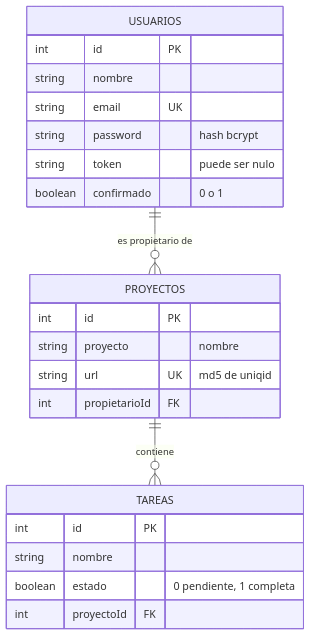
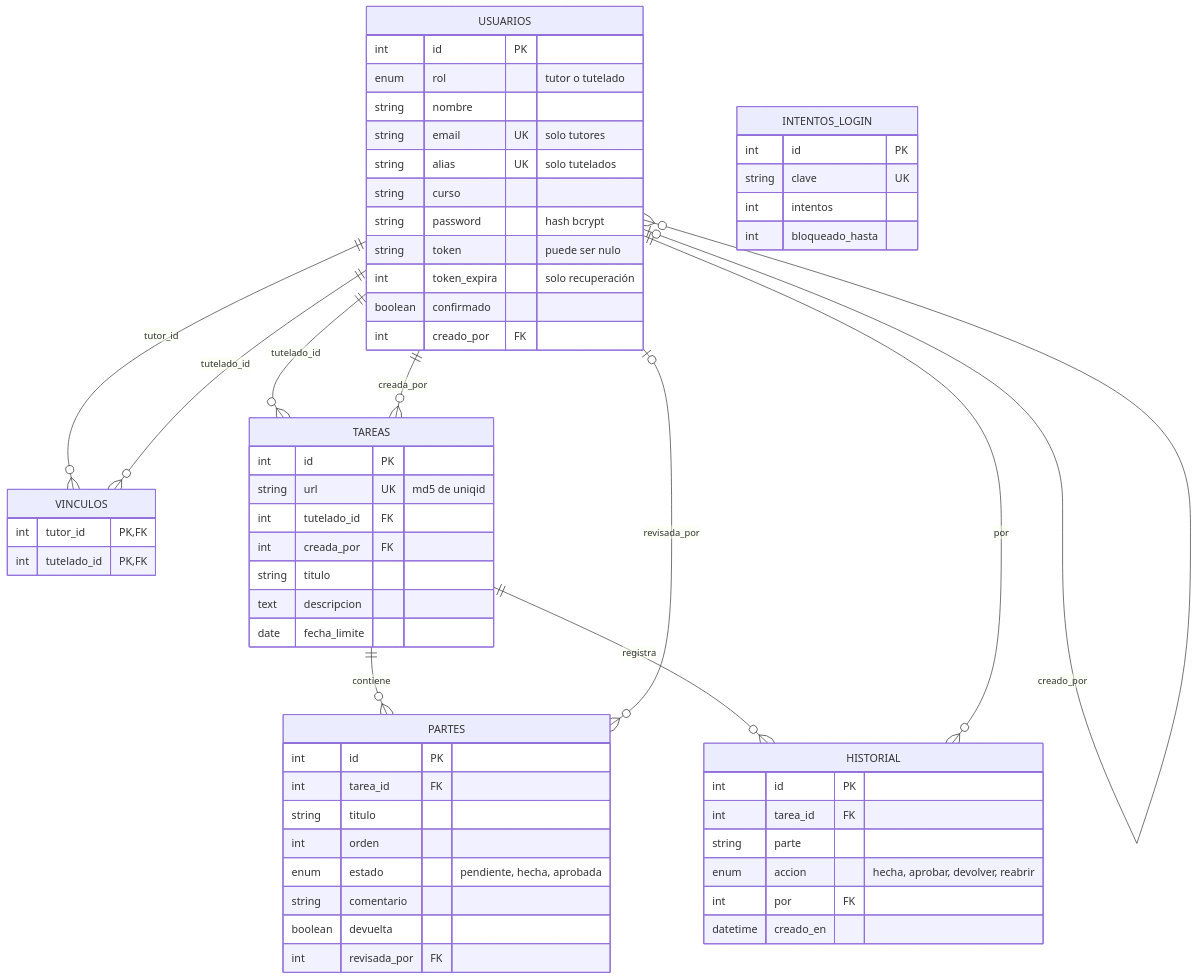
One commit to JCChoqueM/Santi-Task changed the fifth of 14 diagrams in docs_santitask.md. Above: the diagram before and after it, drawn with Mermaid. The commit also changed other lines of this file, not shown here.

Commit message:
Paso 10a: secciones 3 y 4 de docs_santitask.md alineadas con ClaudeTask (roles, partes, vinculos, API)

````diff
--- a/docs_santitask.md
+++ b/docs_santitask.md
@@ -321,26 +384,63 @@
 ```mermaid
 erDiagram
-    USUARIOS ||--o{ PROYECTOS : "es propietario de"
-    PROYECTOS ||--o{ TAREAS : contiene
+    USUARIOS ||--o{ VINCULOS : "tutor_id"
+    USUARIOS ||--o{ VINCULOS : "tutelado_id"
+    USUARIOS ||--o{ TAREAS : "tutelado_id"
+    USUARIOS ||--o{ TAREAS : "creada_por"
+    TAREAS ||--o{ PARTES : contiene
+    TAREAS ||--o{ HISTORIAL : registra
+    USUARIOS ||--o{ HISTORIAL : "por"
+    USUARIOS |o--o{ PARTES : "revisada_por"
+    USUARIOS |o--o{ USUARIOS : "creado_por"
 
     USUARIOS {
         int id PK
+        enum rol "tutor o tutelado"
         string nombre
-        string email UK
+        string email UK "solo tutores"
+        string alias UK "solo tutelados"
+        string curso
         string password "hash bcrypt"
         string token "puede ser nulo"
-        boolean confirmado "0 o 1"
+        int token_expira "solo recuperación"
+        boolean confirmado
+        int creado_por FK
     }
-    PROYECTOS {
-        int id PK
-        string proyecto "nombre"
-        string url UK "md5 de uniqid"
-        int propietarioId FK
+    VINCULOS {
+        int tutor_id PK, FK
+        int tutelado_id PK, FK
     }
     TAREAS {
         int id PK
-        string nombre
-        boolean estado "0 pendiente, 1 completa"
-        int proyectoId FK
+        string url UK "md5 de uniqid"
+        int tutelado_id FK
+        int creada_por FK
+        string titulo
+        text descripcion
+        date fecha_limite
+    }
+    PARTES {
+        int id PK
+        int tarea_id FK
+        string titulo
+        int orden
+        enum estado "pendiente, hecha, aprobada"
+        string comentario
+        boolean devuelta
+        int revisada_por FK
+    }
+    HISTORIAL {
+        int id PK
+        int tarea_id FK
+        string parte
+        enum accion "hecha, aprobar, devolver, reabrir"
+        int por FK
+        datetime creado_en
+    }
+    INTENTOS_LOGIN {
+        int id PK
+        string clave UK
+        int intentos
+        int bloqueado_hasta
     }
 ```
````
